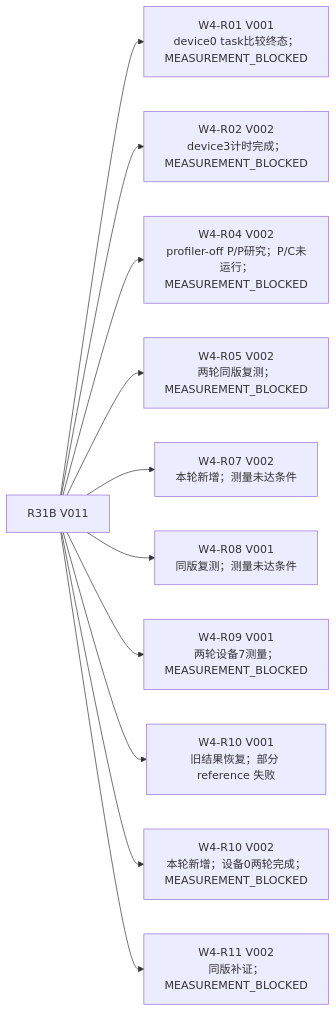
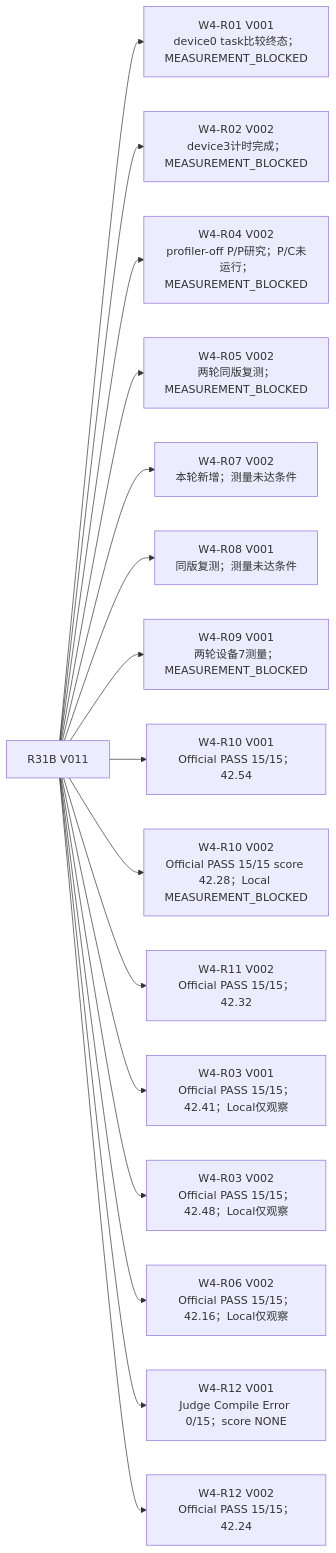
One commit to sxyq/CANN changed the first of 4 diagrams in 技术路线/技术路线图.md. Above: the diagram before and after it, drawn with Mermaid. The commit also changed other lines of this file and 4 other files, not shown here.

````diff
--- a/技术路线/技术路线图.md
+++ b/技术路线/技术路线图.md
@@ -41,14 +43,19 @@
 ```mermaid
 flowchart LR
   p["R31B V011"]
   p --> r01["W4-R01 V001<br/>device0 task比较终态；MEASUREMENT_BLOCKED"]
   p --> r02["W4-R02 V002<br/>device3计时完成；MEASUREMENT_BLOCKED"]
   p --> r04["W4-R04 V002<br/>profiler-off P/P研究；P/C未运行；MEASUREMENT_BLOCKED"]
   p --> r05["W4-R05 V002<br/>两轮同版复测；MEASUREMENT_BLOCKED"]
   p --> r07["W4-R07 V002<br/>本轮新增；测量未达条件"]
   p --> r08["W4-R08 V001<br/>同版复测；测量未达条件"]
   p --> r09["W4-R09 V001<br/>两轮设备7测量；MEASUREMENT_BLOCKED"]
-  p --> r10["W4-R10 V001<br/>旧结果恢复；部分 reference 失败"]
-  p --> r10v2["W4-R10 V002<br/>本轮新增；设备0两轮完成；MEASUREMENT_BLOCKED"]
-  p --> r11["W4-R11 V002<br/>同版补证；MEASUREMENT_BLOCKED"]
+  p --> r10["W4-R10 V001<br/>Official PASS 15/15；42.54"]
+  p --> r10v2["W4-R10 V002<br/>Official PASS 15/15 score 42.28；Local MEASUREMENT_BLOCKED"]
+  p --> r11["W4-R11 V002<br/>Official PASS 15/15；42.32"]
+  p --> r03v1["W4-R03 V001<br/>Official PASS 15/15；42.41；Local仅观察"]
+  p --> r03v2["W4-R03 V002<br/>Official PASS 15/15；42.48；Local仅观察"]
+  p --> r06v2["W4-R06 V002<br/>Official PASS 15/15；42.16；Local仅观察"]
+  p --> r12v1["W4-R12 V001<br/>Judge Compile Error 0/15；score NONE"]
+  p --> r12v2["W4-R12 V002<br/>Official PASS 15/15；42.24"]
 ```
````
